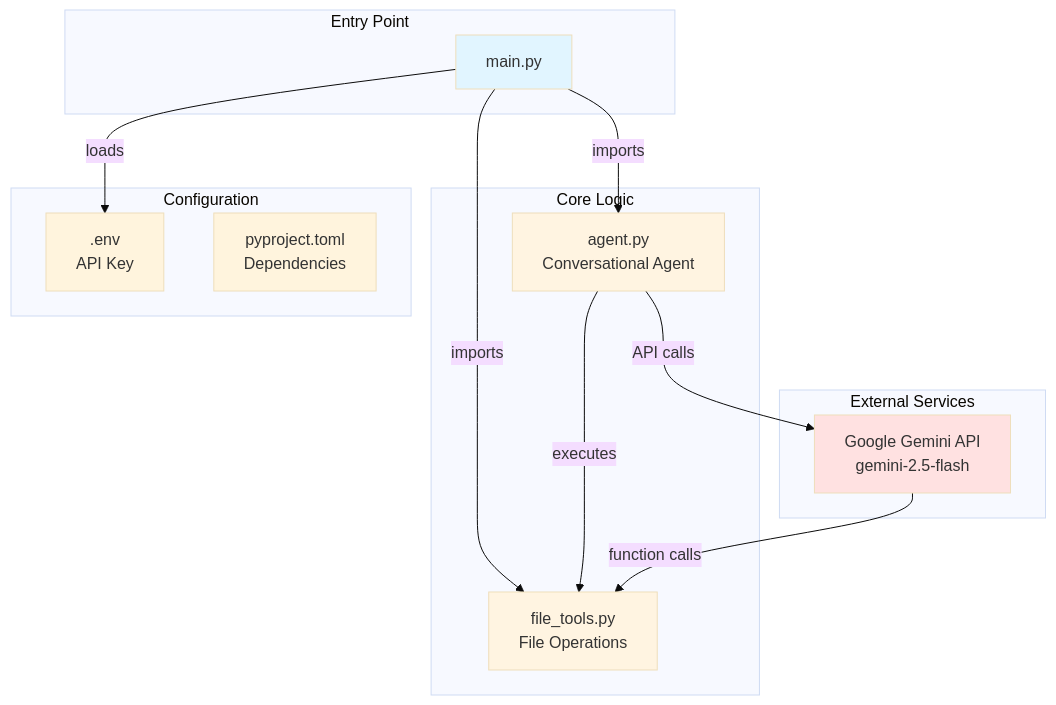
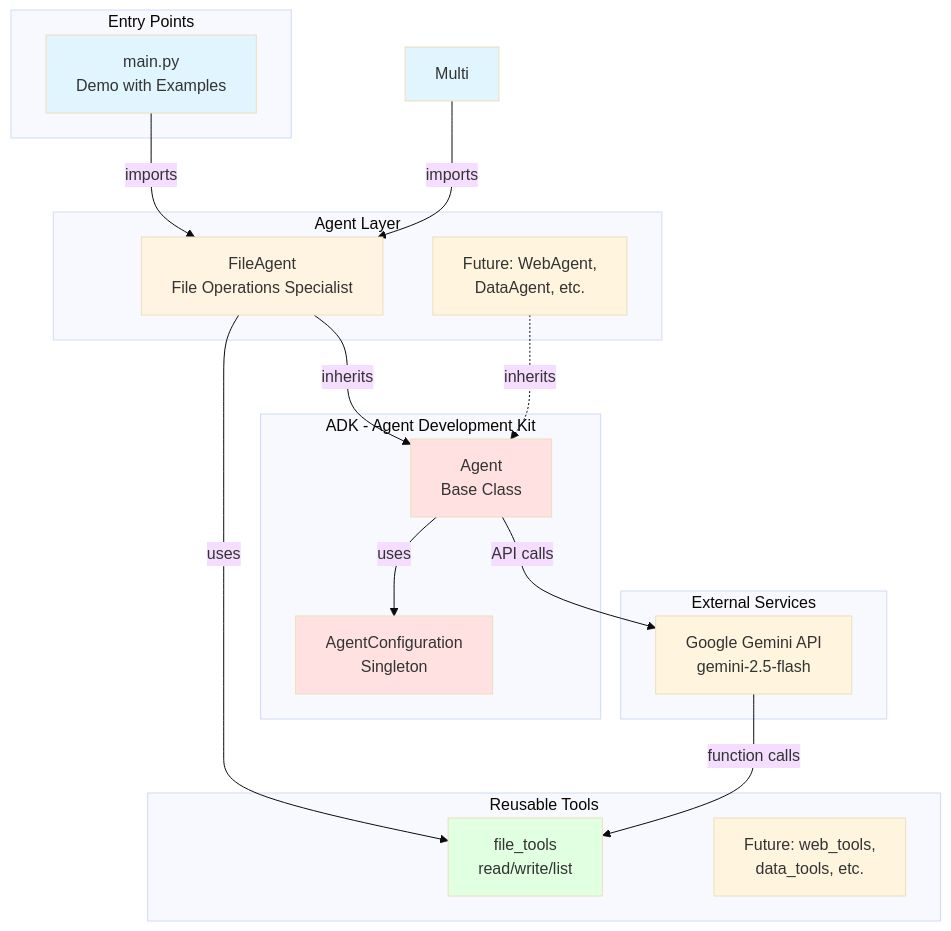
Before and after one commit to wilsonsilva/hello-genai: the first of 3 diagrams in docs/CODEBASE_MAP.md, drawn with Mermaid (base theme). The commit also changed other lines of this file and 13 other files, not shown here.

First line of the commit message:
Refactor to modular ADK architecture with agents and tools

````diff
--- a/docs/CODEBASE_MAP.md
+++ b/docs/CODEBASE_MAP.md
@@ -15,29 +15,41 @@
 ```mermaid
 graph TB
-    subgraph Entry["Entry Point"]
-        Main[main.py]
+    subgraph Entry["Entry Points"]
+        Main[main.py<br/>Demo with Examples]
     end
-    subgraph Core["Core Logic"]
-        Agent[agent.py<br/>Conversational Agent]
-        Tools[file_tools.py<br/>File Operations]
+
+    subgraph Agents["Agent Layer"]
+        FileAgent[FileAgent<br/>File Operations Specialist]
+        FutureAgents[Future: WebAgent,<br/>DataAgent, etc.]
     end
+
+    subgraph Core["ADK - Agent Development Kit"]
+        Agent[Agent<br/>Base Class]
+        Config[AgentConfiguration<br/>Singleton]
+    end
+
+    subgraph Tools["Reusable Tools"]
+        FileTools[file_tools<br/>read/write/list]
+        FutureTools[Future: web_tools,<br/>data_tools, etc.]
+    end
+
     subgraph External["External Services"]
         Gemini[Google Gemini API<br/>gemini-2.5-flash]
     end
-    subgraph Config["Configuration"]
-        Env[.env<br/>API Key]
-        PyProject[pyproject.toml<br/>Dependencies]
-    end
 
-    Main -->|imports| Agent
-    Main -->|imports| Tools
-    Main -->|loads| Env
+    Main -->|imports| FileAgent
+    Multi -->|imports| FileAgent
+    FileAgent -->|inherits| Agent
+    FileAgent -->|uses| FileTools
+    FutureAgents -.->|inherits| Agent
+    Agent -->|uses| Config
     Agent -->|API calls| Gemini
-    Agent -->|executes| Tools
-    Gemini -->|function calls| Tools
+    Gemini -->|function calls| FileTools
 
     style Main fill:#e1f5ff
-    style Agent fill:#fff4e1
-    style Tools fill:#fff4e1
-    style Gemini fill:#ffe1e1
+    style Multi fill:#e1f5ff
+    style FileAgent fill:#fff4e1
+    style Agent fill:#ffe1e1
+    style Config fill:#ffe1e1
+    style FileTools fill:#e1ffe1
 ```
````
